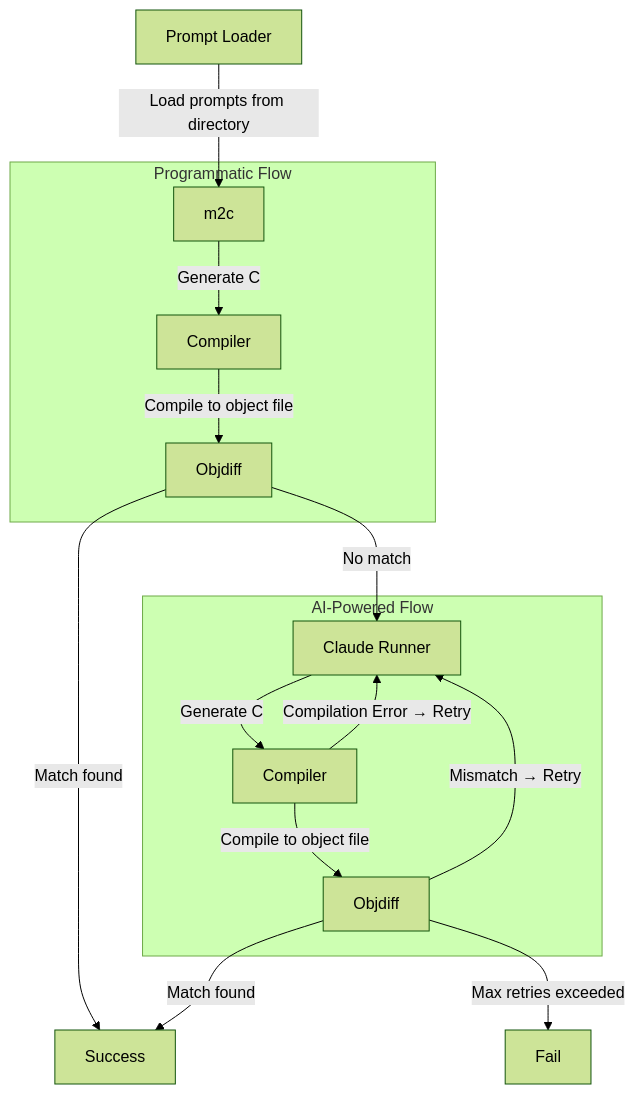
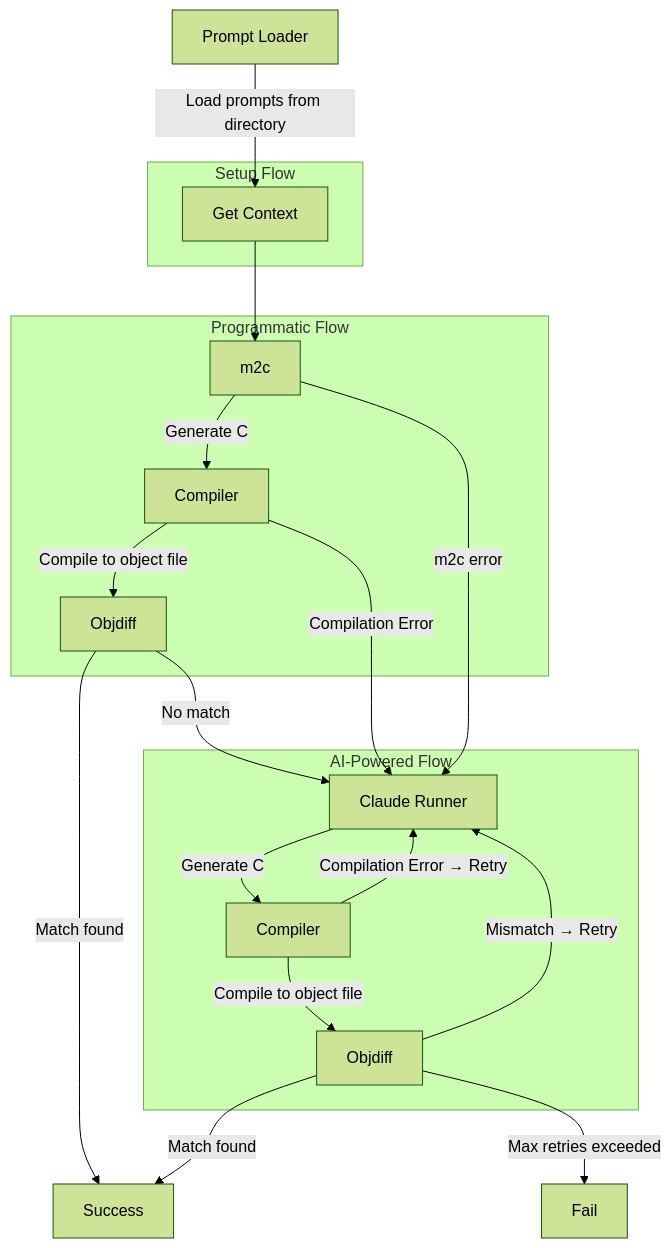
One commit to macabeus/mizuchi changed the diagram in README.md. Above: the diagram before and after it, drawn with Mermaid (forest theme). The commit also changed other lines of this file, not shown here.

Commit message:
docs: quick improvements on the readme

````diff
--- a/README.md
+++ b/README.md
@@ -129,25 +123,37 @@
 ```mermaid
 flowchart TD
-  A[Prompt Loader] --> |Load prompts from directory| M
+  A[Prompt Loader] --> |Load prompts from directory| O
+
+  subgraph Setup Flow
+    O[Get Context]
+  end
+
+  O --> M
 
   subgraph Programmatic Flow
-    M[m2c] --> |Generate C| MC[Compiler]
+    M[m2c]
+    MC[Compiler]
+
+    M --> |Generate C| MC
     MC --> |Compile to object file| MD[Objdiff]
   end
 
+  M --> |m2c error| B
+  MC --> |Compilation Error| B
   MD --> |Match found| E[Success]
   MD --> |No match| B
 
   subgraph AI-Powered Flow
     B[Claude Runner]
     C[Compiler]
     D[Objdiff]
+
     B --> |Generate C| C
     C --> |Compilation Error → Retry| B
     C --> |Compile to object file| D
     D --> |Mismatch → Retry| B
   end
 
   D --> |Match found| E
   D --> |Max retries exceeded| F[Fail]
 ```
````
